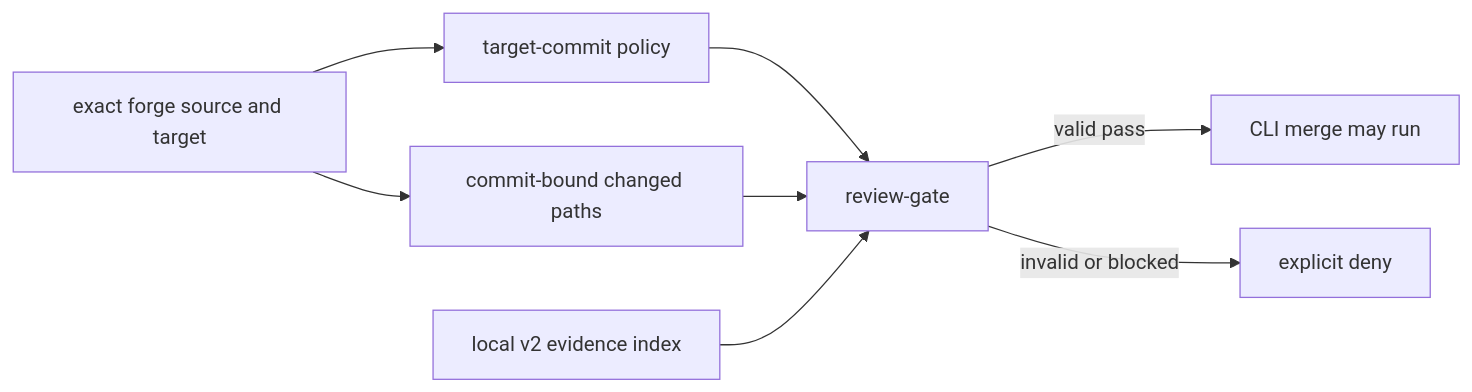
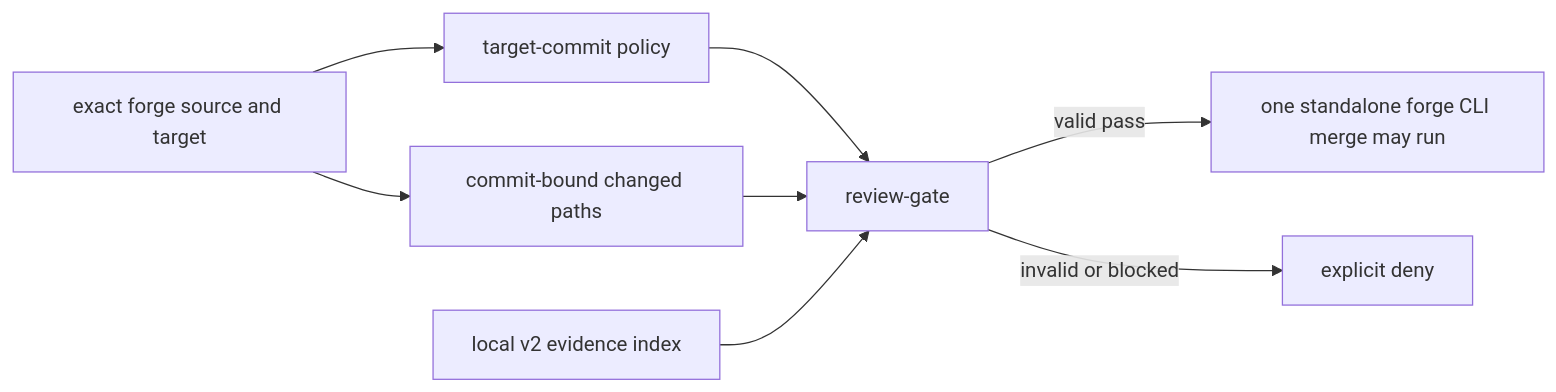
The diagram in docs/review-process.md (developerinlondon/agentkit), drawn with Mermaid before and after one commit. The commit also changed other lines of this file and 16 other files, not shown here.

````diff
--- a/docs/review-process.md
+++ b/docs/review-process.md
@@ -12,10 +12,10 @@
 ```mermaid
 flowchart LR
   A[exact forge source and target] --> B[target-commit policy]
   A --> C[commit-bound changed paths]
   B --> D[review-gate]
   C --> D
   E[local v2 evidence index] --> D
-  D -->|valid pass| F[CLI merge may run]
+  D -->|valid pass| F[one standalone forge CLI merge may run]
   D -->|invalid or blocked| G[explicit deny]
 ```
````
